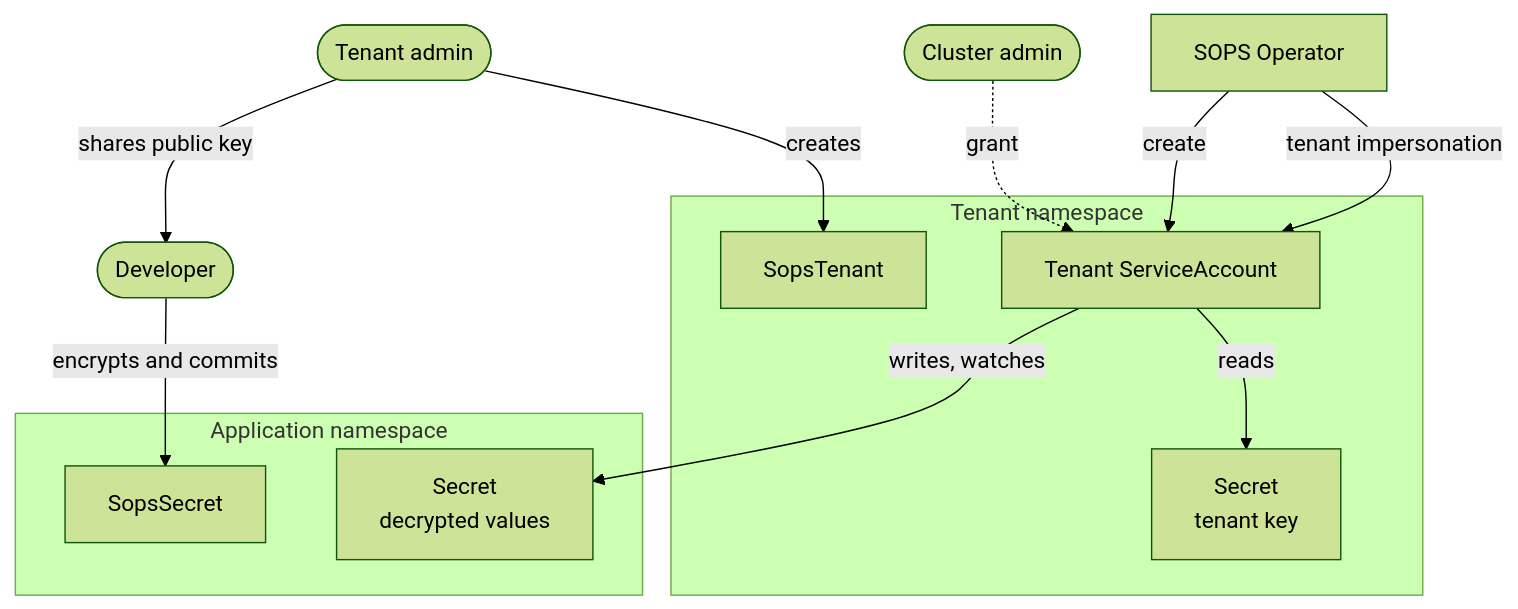
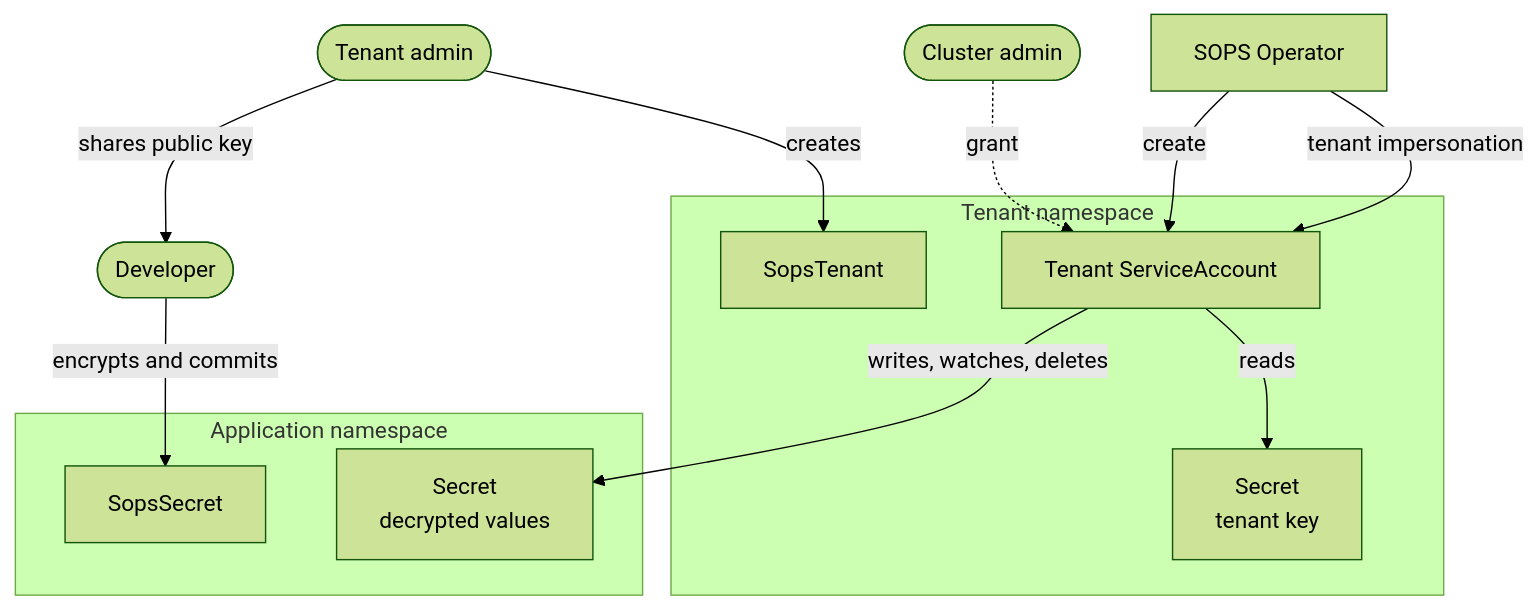
Before and after one commit to stakater/sops-operator: the diagram in README.md, drawn with Mermaid (forest theme). The commit also changed other lines of this file and 4 other files, not shown here.

````diff
--- a/README.md
+++ b/README.md
@@ -115,28 +114,28 @@
 ```mermaid
 flowchart TB
     CA(["Cluster admin"])
     TA(["Tenant admin"])
     DEV(["Developer"])
 
     OP["SOPS Operator"]
 
     subgraph TNS["Tenant namespace"]
         TEN["SopsTenant"]
         SA["Tenant ServiceAccount"]
         KEY["Secret<br/>tenant key"]
     end
 
     subgraph APP["Application namespace"]
         SS["SopsSecret"]
         OUT["Secret<br/>decrypted values"]
     end
 
     CA -.->|grant| SA
     TA -->|creates| TEN
     TA -->|"shares public key"| DEV
     DEV -->|"encrypts and commits"| SS
     OP -->|create| SA
     OP -->|"tenant impersonation"| SA
     SA -->|reads| KEY
-    SA -->|"writes, watches"| OUT
+    SA -->|"writes, watches, deletes"| OUT
 ```
````
